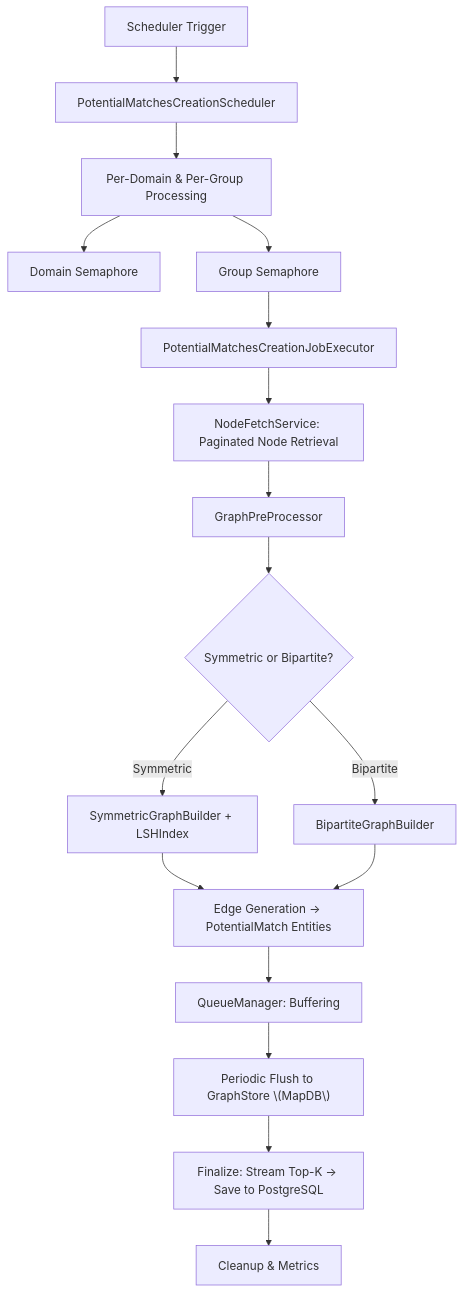
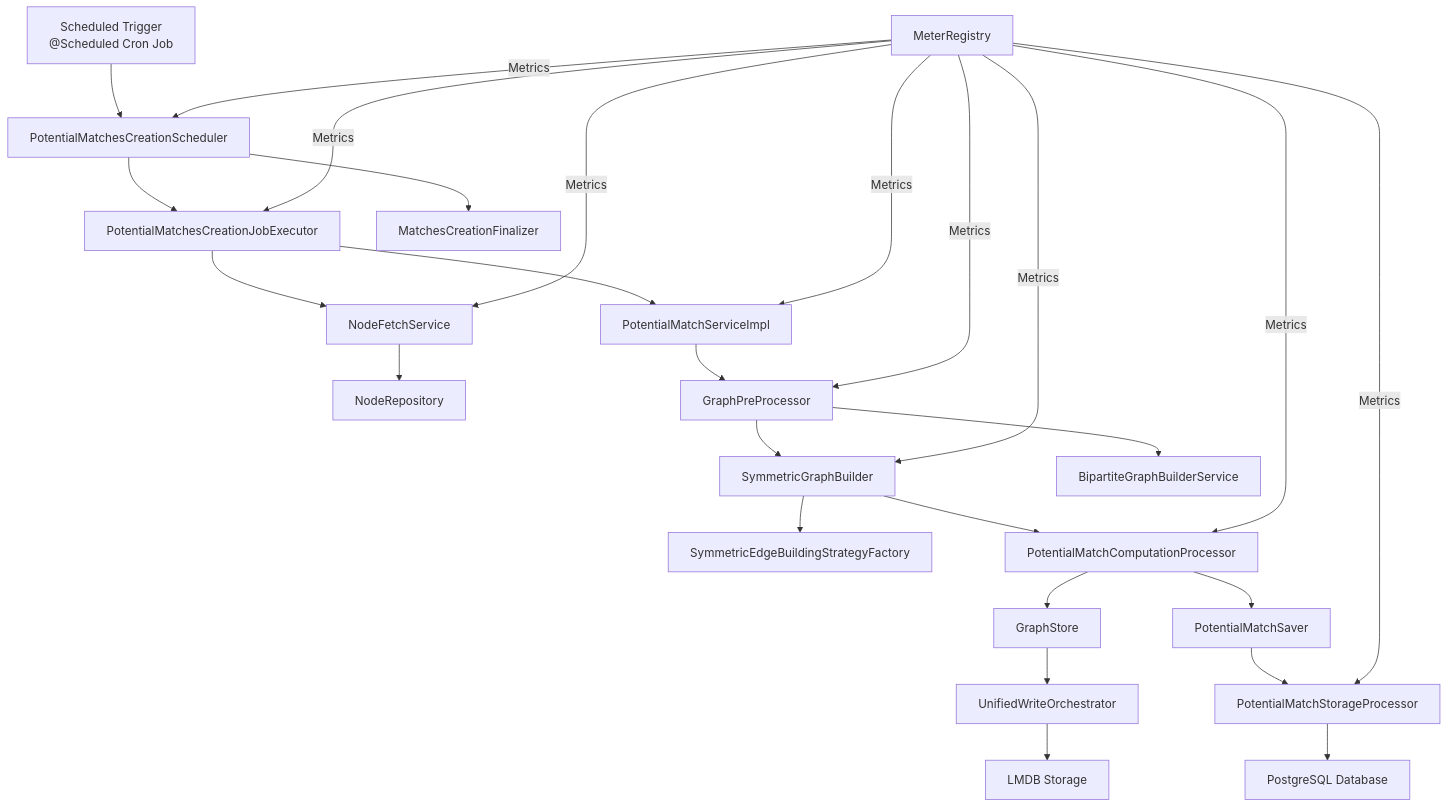
Before and after one commit to kagit00/schedule_x: the first of 4 diagrams in docs/Low Level Designs/ScheduledPotentialMatchesCreation.md, drawn with Mermaid. The commit also changed other lines of this file, not shown here.

````diff
--- a/docs/Low Level Designs/ScheduledPotentialMatchesCreation.md
+++ b/docs/Low Level Designs/ScheduledPotentialMatchesCreation.md
@@ -18,19 +20,21 @@
 ```mermaid
-graph TD
-    A[Scheduler Trigger] --> B[PotentialMatchesCreationScheduler]
-    B --> C[Per-Domain & Per-Group Processing]
-    C --> D1[Domain Semaphore]
-    C --> D2[Group Semaphore]
-    D2 --> E[PotentialMatchesCreationJobExecutor]
-    E --> F[NodeFetchService: Paginated Node Retrieval]
+flowchart TD
+    A[Scheduled Trigger<br/>@Scheduled Cron Job] --> B[PotentialMatchesCreationScheduler]
+    B --> C[PotentialMatchesCreationJobExecutor]
+    C --> D[NodeFetchService]
+    D --> E[NodeRepository]
+    C --> F[PotentialMatchServiceImpl]
     F --> G[GraphPreProcessor]
-    G --> H{Symmetric or Bipartite?}
-    H -->|Symmetric| I[SymmetricGraphBuilder + LSHIndex]
-    H -->|Bipartite| J[BipartiteGraphBuilder]
-    I & J --> K[Edge Generation → PotentialMatch Entities]
-    K --> L[QueueManager: Buffering]
-    L --> M["Periodic Flush to GraphStore \(MapDB\)"]
-    M --> N[Finalize: Stream Top-K → Save to PostgreSQL]
-    N --> O[Cleanup & Metrics]
-
+    G --> H[SymmetricGraphBuilder]
+    H --> I[SymmetricEdgeBuildingStrategyFactory]
+    G --> J[BipartiteGraphBuilderService]
+    H --> K[PotentialMatchComputationProcessor]
+    K --> L[GraphStore]
+    L --> M[UnifiedWriteOrchestrator]
+    M --> N[LMDB Storage]
+    K --> O[PotentialMatchSaver]
+    O --> P[PotentialMatchStorageProcessor]
+    P --> Q[PostgreSQL Database]
+    B --> R[MatchesCreationFinalizer]
+    S[MeterRegistry] -->|Metrics| B & C & D & F & G & H & K & P
 ```
````
